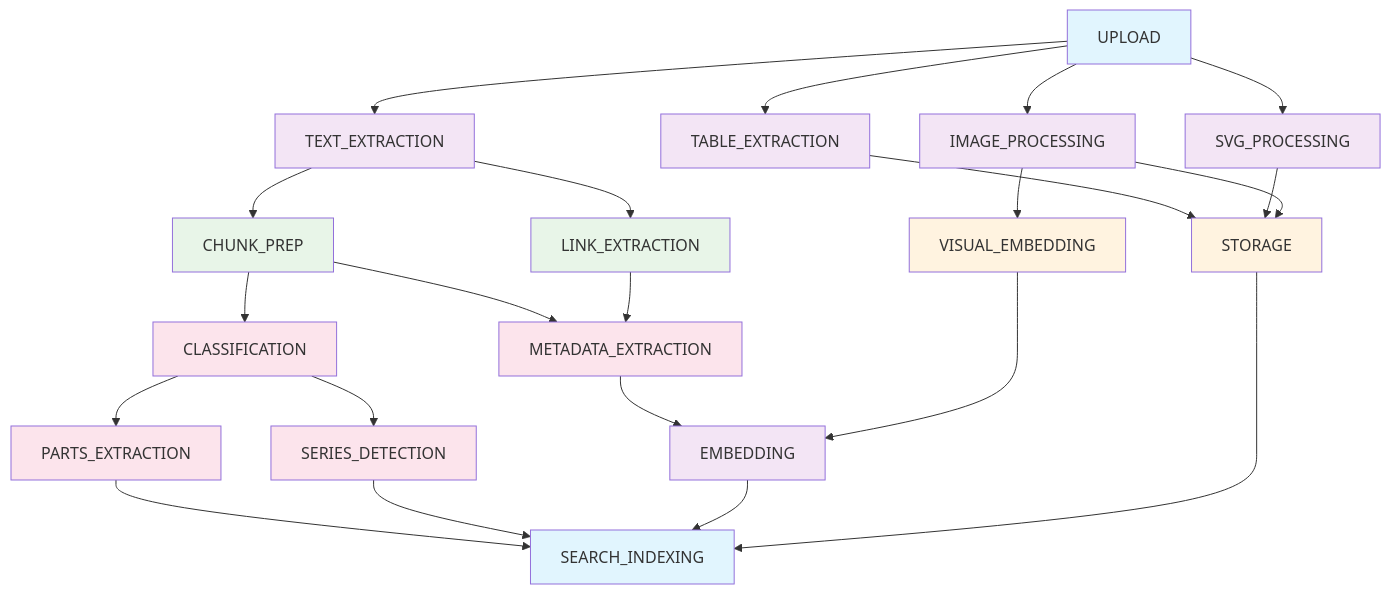
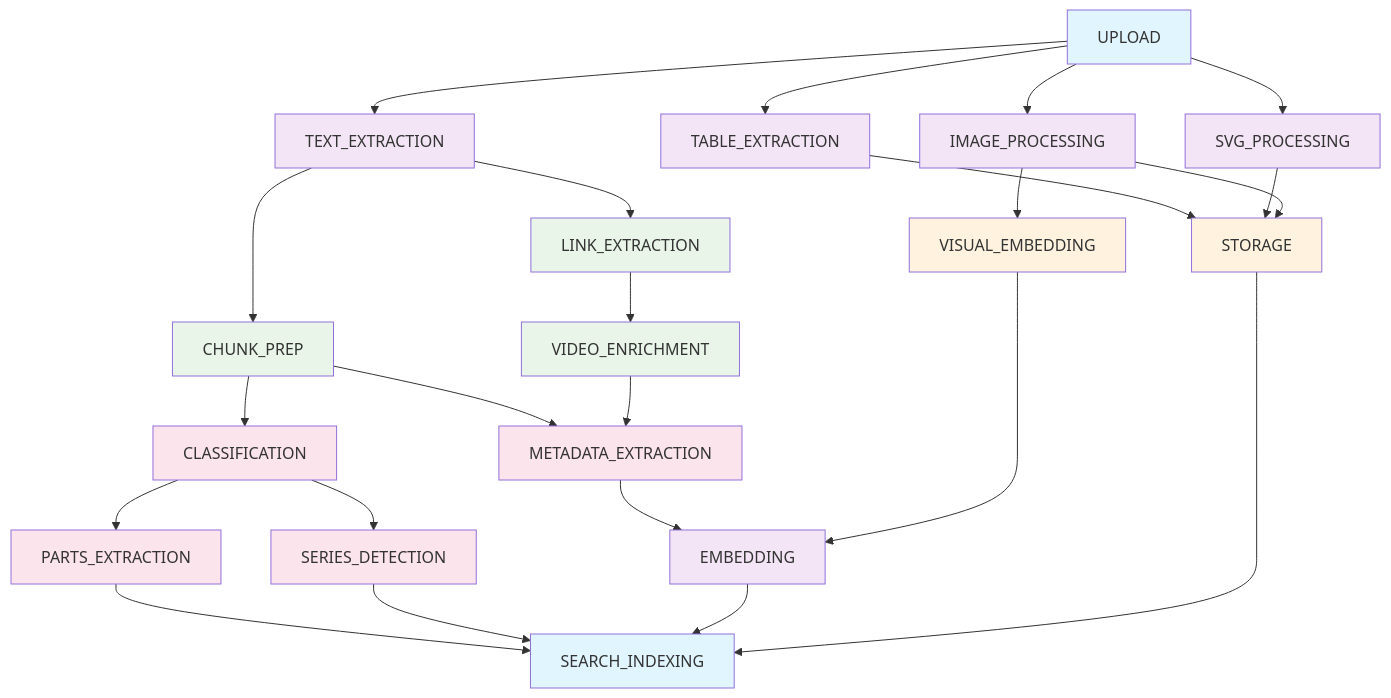
Before and after one commit to Kunze-Ritter/Manual2Vector: the first of 3 diagrams in docs/processor/PIPELINE_ARCHITECTURE.md, drawn with Mermaid. The commit also changed other lines of this file and 82 other files, not shown here.

````diff
--- a/docs/processor/PIPELINE_ARCHITECTURE.md
+++ b/docs/processor/PIPELINE_ARCHITECTURE.md
@@ -18,44 +18,46 @@
 ```mermaid
 flowchart TD
     A[UPLOAD] --> B[TEXT_EXTRACTION]
     A --> C[TABLE_EXTRACTION]
     A --> D[SVG_PROCESSING]
     A --> E[IMAGE_PROCESSING]
     
     B --> F[LINK_EXTRACTION]
+    F --> F2[VIDEO_ENRICHMENT]
     B --> G[CHUNK_PREP]
     C --> H[STORAGE]
     D --> H
     E --> I[VISUAL_EMBEDDING]
     E --> H
     
     G --> J[CLASSIFICATION]
     G --> K[METADATA_EXTRACTION]
-    F --> K
+    F2 --> K
     
     J --> L[PARTS_EXTRACTION]
     J --> M[SERIES_DETECTION]
     K --> N[EMBEDDING]
     I --> N
     
     L --> O[SEARCH_INDEXING]
     M --> O
     N --> O
     H --> O
     
     style A fill:#e1f5fe
     style B fill:#f3e5f5
     style C fill:#f3e5f5
     style D fill:#f3e5f5
     style E fill:#f3e5f5
     style F fill:#e8f5e8
+    style F2 fill:#e8f5e8
     style G fill:#e8f5e8
     style H fill:#fff3e0
     style I fill:#fff3e0
     style J fill:#fce4ec
     style K fill:#fce4ec
     style L fill:#fce4ec
     style M fill:#fce4ec
     style N fill:#f3e5f5
     style O fill:#e1f5fe
 ```
````
